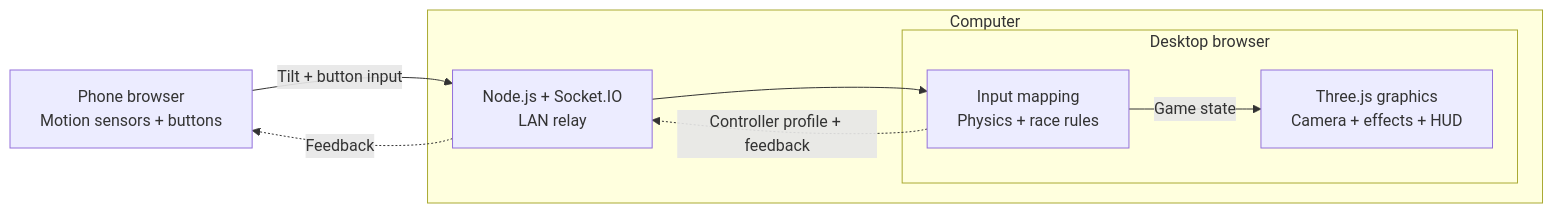
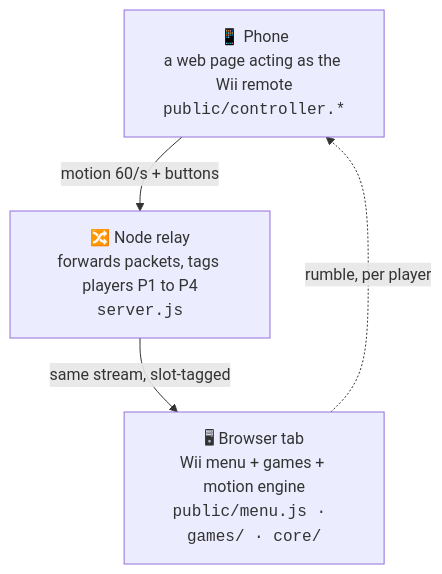
The diagram in README.md (Erik9910x/openwii), drawn with Mermaid before and after one commit. The commit also changed other lines of this file and 1 other file, not shown here.

Commit message:
Shorten README and restore original architecture overview

````diff
--- a/README.md
+++ b/README.md
@@ -164,16 +43,9 @@
 ```mermaid
-flowchart LR
-    phone["Phone browser<br/>Motion sensors + buttons"]
-    subgraph Computer
-        relay["Node.js + Socket.IO<br/>LAN relay"]
-        subgraph Game["Desktop browser"]
-            logic["Input mapping<br/>Physics + race rules"]
-            graphics["Three.js graphics<br/>Camera + effects + HUD"]
-        end
-    end
-    phone -->|"Tilt + button input"| relay
-    relay --> logic
-    logic -->|"Game state"| graphics
-    logic -. "Controller profile + feedback" .-> relay
-    relay -. "Feedback" .-> phone
+flowchart TD
+    phone["📱 Phone<br/>a web page acting as the Wii remote<br/><code>public/controller.*</code>"]
+    relay["🔀 Node relay<br/>forwards packets, tags players P1 to P4<br/><code>server.js</code>"]
+    browser["🖥 Browser tab<br/>Wii menu + games + motion engine<br/><code>public/menu.js · games/ · core/</code>"]
+    phone -- "motion 60/s + buttons" --> relay
+    relay -- "same stream, slot-tagged" --> browser
+    browser -. "rumble, per player" .-> phone
 ```
````
